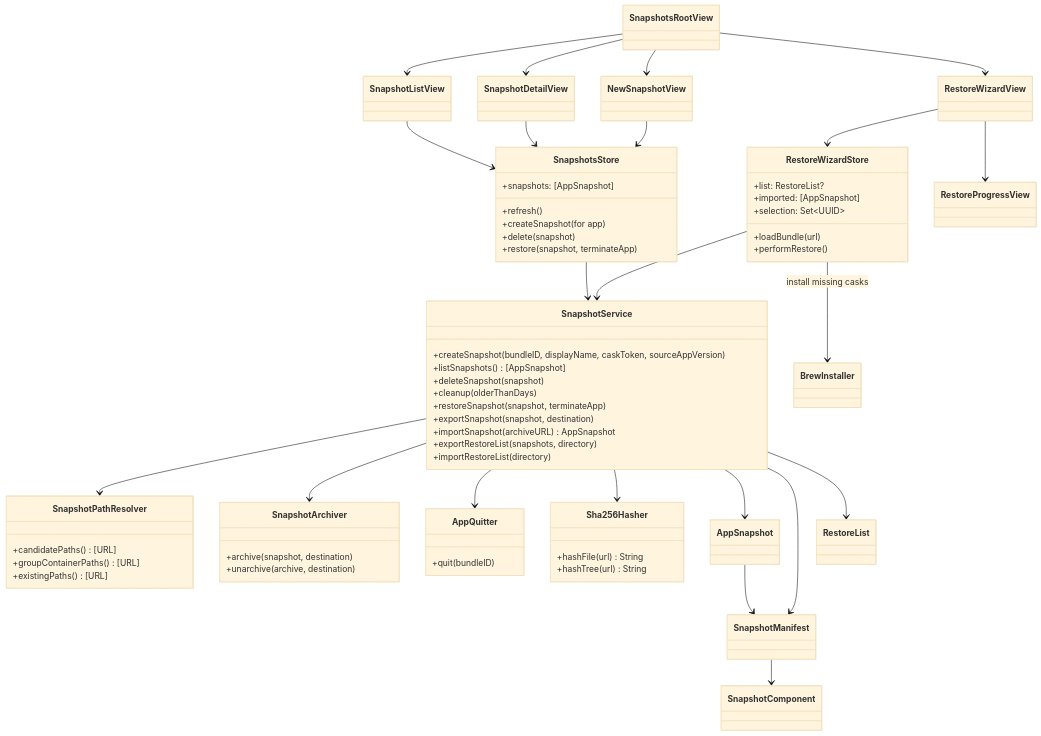
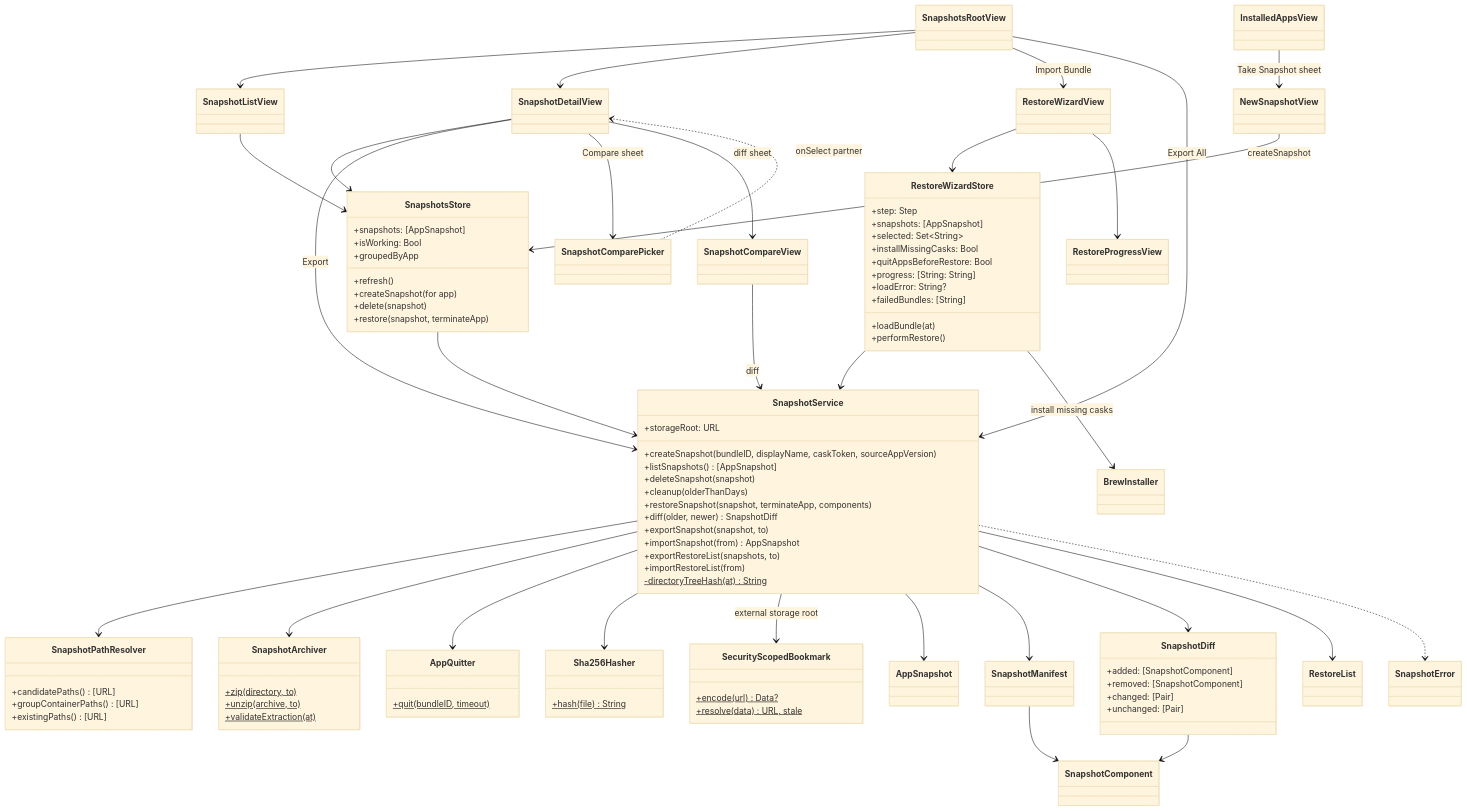
Before and after one commit to marcelrgberger/auto-brew: the third of 7 diagrams in README.md, drawn with Mermaid (base theme). The commit also changed other lines of this file and 1 other file, not shown here.

````diff
--- a/README.md
+++ b/README.md
@@ -861,12 +1133,17 @@
     class SnapshotsRootView
     class SnapshotListView
     class SnapshotDetailView
+    class SnapshotComparePicker
+    class SnapshotCompareView
     class NewSnapshotView
+    class InstalledAppsView
     class RestoreWizardView
     class RestoreProgressView
 
     class SnapshotsStore {
         +snapshots: [AppSnapshot]
+        +isWorking: Bool
+        +groupedByApp
         +refresh()
         +createSnapshot(for app)
         +delete(snapshot)
@@ -874,23 +1151,31 @@
     }
 
     class RestoreWizardStore {
-        +list: RestoreList?
-        +imported: [AppSnapshot]
-        +selection: Set~UUID~
-        +loadBundle(url)
+        +step: Step
+        +snapshots: [AppSnapshot]
+        +selected: Set~String~
+        +installMissingCasks: Bool
+        +quitAppsBeforeRestore: Bool
+        +progress: [String: String]
+        +loadError: String?
+        +failedBundles: [String]
+        +loadBundle(at)
         +performRestore()
     }
 
     class SnapshotService {
+        +storageRoot: URL
         +createSnapshot(bundleID, displayName, caskToken, sourceAppVersion)
         +listSnapshots() [AppSnapshot]
         +deleteSnapshot(snapshot)
         +cleanup(olderThanDays)
-        +restoreSnapshot(snapshot, terminateApp)
-        +exportSnapshot(snapshot, destination)
-        +importSnapshot(archiveURL) AppSnapshot
-        +exportRestoreList(snapshots, directory)
-        +importRestoreList(directory)
+        +restoreSnapshot(snapshot, terminateApp, components)
+        +diff(older, newer) SnapshotDiff
+        +exportSnapshot(snapshot, to)
+        +importSnapshot(from) AppSnapshot
+        +exportRestoreList(snapshots, to)
+        +importRestoreList(from)
+        -directoryTreeHash(at)$ String
     }
 
     class SnapshotPathResolver {
@@ -900,31 +1185,49 @@
     }
 
     class SnapshotArchiver {
-        +archive(snapshot, destination)
-        +unarchive(archive, destination)
+        +zip(directory, to)$
+        +unzip(archive, to)$
+        +validateExtraction(at)$
     }
 
     class AppQuitter {
-        +quit(bundleID)
+        +quit(bundleID, timeout)$
     }
 
     class Sha256Hasher {
-        +hashFile(url) String
-        +hashTree(url) String
+        +hash(file)$ String
     }
 
+    class SecurityScopedBookmark {
+        +encode(url)$ Data?
+        +resolve(data)$ URL, stale
+    }
+
+    class SnapshotError
     class AppSnapshot
     class SnapshotManifest
     class SnapshotComponent
+    class SnapshotDiff {
+        +added: [SnapshotComponent]
+        +removed: [SnapshotComponent]
+        +changed: [Pair]
+        +unchanged: [Pair]
+    }
     class RestoreList
 
     SnapshotsRootView --> SnapshotListView
     SnapshotsRootView --> SnapshotDetailView
-    SnapshotsRootView --> NewSnapshotView
-    SnapshotsRootView --> RestoreWizardView
-    NewSnapshotView --> SnapshotsStore
+    SnapshotsRootView --> RestoreWizardView : Import Bundle
+    SnapshotsRootView --> SnapshotService : Export All
+    InstalledAppsView --> NewSnapshotView : Take Snapshot sheet
+    NewSnapshotView --> SnapshotsStore : createSnapshot
     SnapshotListView --> SnapshotsStore
     SnapshotDetailView --> SnapshotsStore
+    SnapshotDetailView --> SnapshotService : Export
+    SnapshotDetailView --> SnapshotComparePicker : Compare sheet
+    SnapshotComparePicker ..> SnapshotDetailView : onSelect partner
+    SnapshotDetailView --> SnapshotCompareView : diff sheet
+    SnapshotCompareView --> SnapshotService : diff
     RestoreWizardView --> RestoreWizardStore
     RestoreWizardView --> RestoreProgressView
 
@@ -936,9 +1239,12 @@
     SnapshotService --> SnapshotArchiver
     SnapshotService --> AppQuitter
     SnapshotService --> Sha256Hasher
+    SnapshotService --> SecurityScopedBookmark : external storage root
     SnapshotService --> AppSnapshot
     SnapshotService --> SnapshotManifest
+    SnapshotService --> SnapshotDiff
     SnapshotService --> RestoreList
+    SnapshotService ..> SnapshotError
     SnapshotManifest --> SnapshotComponent
-    AppSnapshot --> SnapshotManifest
+    SnapshotDiff --> SnapshotComponent
 ```
````
